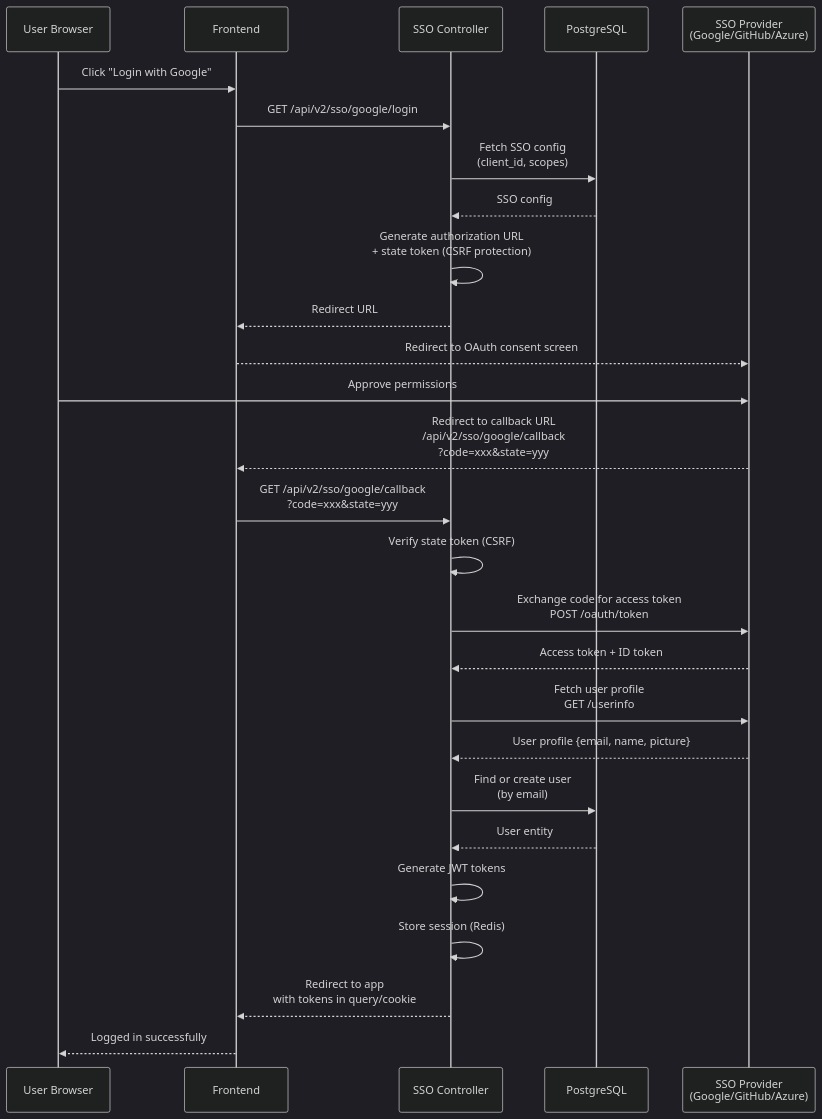
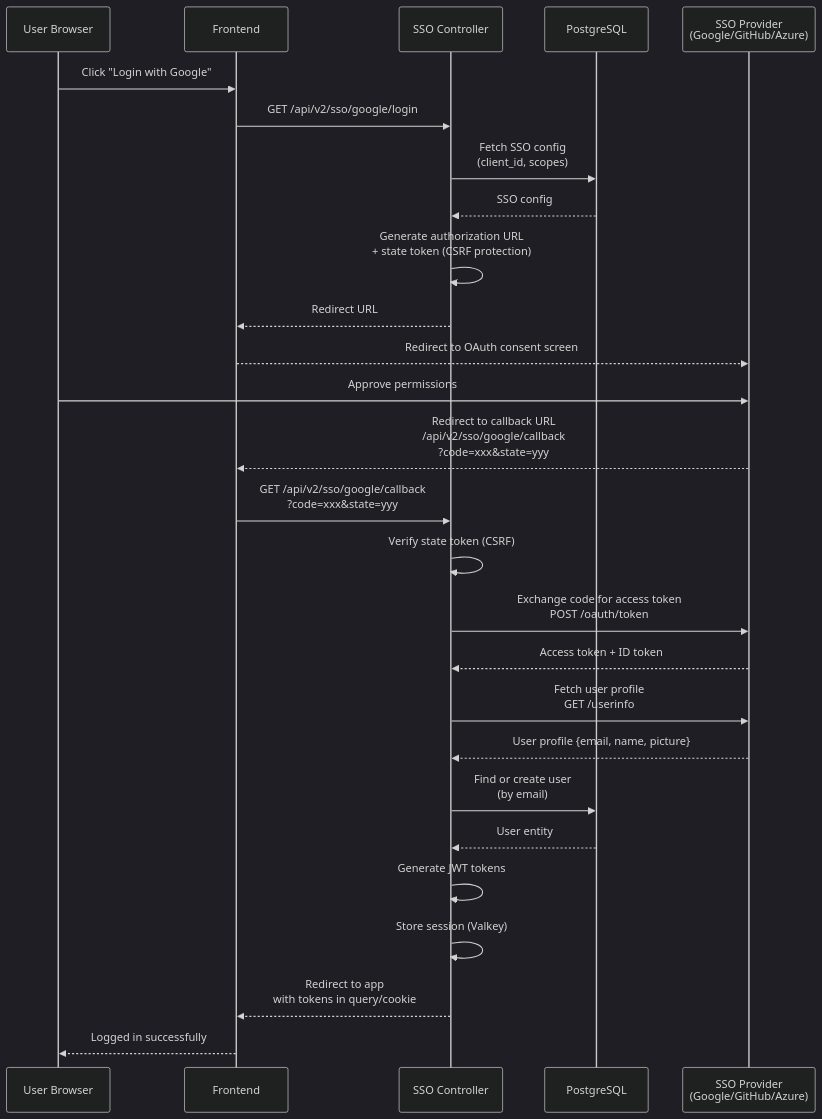
Before and after one commit to telemetryflow/telemetryflow-overview: the seventh of 14 diagrams in architecture/02-DATA-FLOW.md, drawn with Mermaid (dark theme). The commit also changed other lines of this file and 23 other files, not shown here.

First line of the commit message:
docs: relabel Redis->Valkey in architecture/diagrams/prose (follow-up sweep)

````diff
--- a/architecture/02-DATA-FLOW.md
+++ b/architecture/02-DATA-FLOW.md
@@ -408,33 +408,33 @@
 ```mermaid
 sequenceDiagram
     participant User as User Browser
     participant Frontend as Frontend
     participant Backend as SSO Controller
     participant DB as PostgreSQL
     participant Provider as SSO Provider<br/>(Google/GitHub/Azure)
 
     User->>Frontend: Click "Login with Google"
     Frontend->>Backend: GET /api/v2/sso/google/login
     Backend->>DB: Fetch SSO config<br/>(client_id, scopes)
     DB-->>Backend: SSO config
     Backend->>Backend: Generate authorization URL<br/>+ state token (CSRF protection)
     Backend-->>Frontend: Redirect URL
     Frontend-->>Provider: Redirect to OAuth consent screen
 
     User->>Provider: Approve permissions
     Provider-->>Frontend: Redirect to callback URL<br/>/api/v2/sso/google/callback<br/>?code=xxx&state=yyy
 
     Frontend->>Backend: GET /api/v2/sso/google/callback<br/>?code=xxx&state=yyy
     Backend->>Backend: Verify state token (CSRF)
     Backend->>Provider: Exchange code for access token<br/>POST /oauth/token
     Provider-->>Backend: Access token + ID token
     Backend->>Provider: Fetch user profile<br/>GET /userinfo
     Provider-->>Backend: User profile {email, name, picture}
 
     Backend->>DB: Find or create user<br/>(by email)
     DB-->>Backend: User entity
     Backend->>Backend: Generate JWT tokens
-    Backend->>Backend: Store session (Redis)
+    Backend->>Backend: Store session (Valkey)
     Backend-->>Frontend: Redirect to app<br/>with tokens in query/cookie
     Frontend-->>User: Logged in successfully
 ```
````
